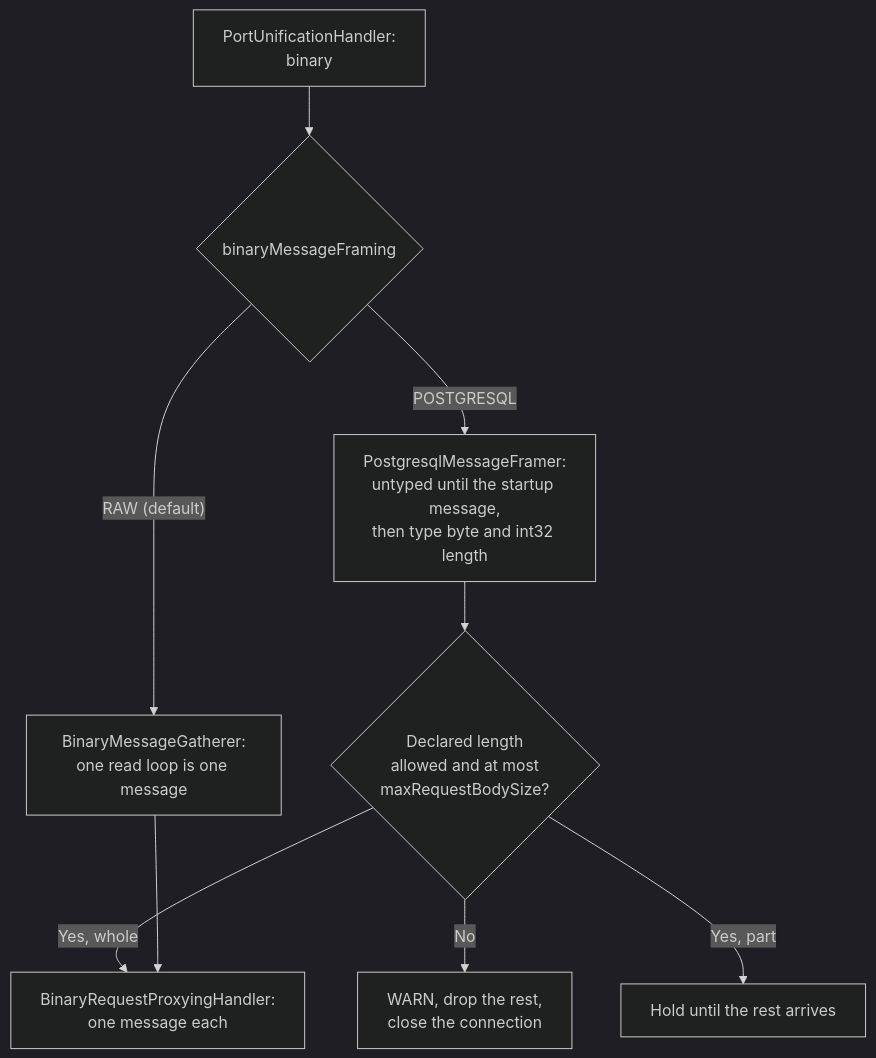
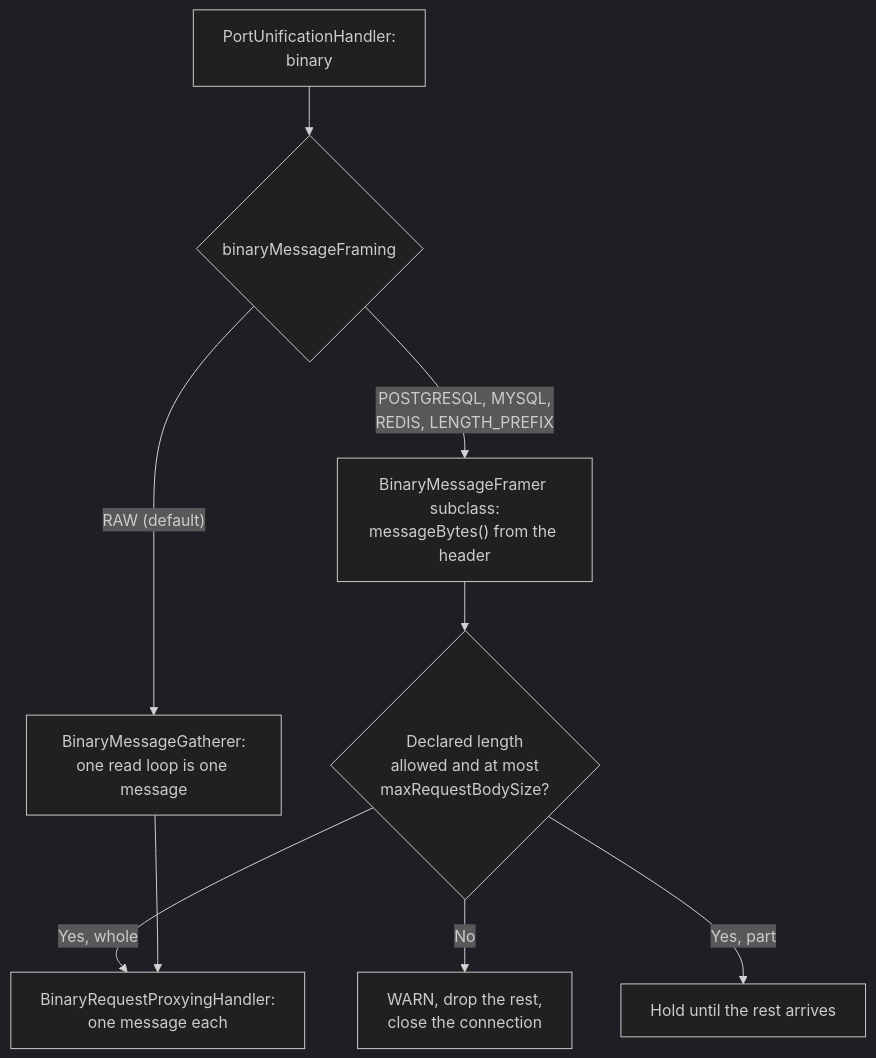
Diagram 28 of 36 in docs/code/netty-pipeline.md (inspire12/mockserver), drawn with Mermaid (dark theme) before and after one commit. The commit also changed other lines of this file and 28 other files, not shown here.

````diff
--- a/docs/code/netty-pipeline.md
+++ b/docs/code/netty-pipeline.md
@@ -2439,19 +2439,19 @@
 ```mermaid
 flowchart TD
     BIN["PortUnificationHandler:
 binary"] --> WHICH{"binaryMessageFraming"}
     WHICH -->|"RAW (default)"| GATHER["BinaryMessageGatherer:
 one read loop is one message"]
-    WHICH -->|"POSTGRESQL"| FRAME["PostgresqlMessageFramer:
-untyped until the startup message,
-then type byte and int32 length"]
+    WHICH -->|"POSTGRESQL, MYSQL,
+REDIS, LENGTH_PREFIX"| FRAME["BinaryMessageFramer subclass:
+messageBytes() from the header"]
     FRAME --> CHECK{"Declared length
 allowed and at most
 maxRequestBodySize?"}
     CHECK -->|"No"| CLOSE["WARN, drop the rest,
 close the connection"]
     CHECK -->|"Yes, whole"| HANDLE["BinaryRequestProxyingHandler:
 one message each"]
     CHECK -->|"Yes, part"| WAIT["Hold until the rest arrives"]
     GATHER --> HANDLE
 ```
````
